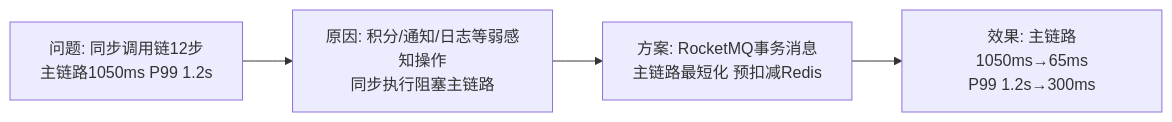
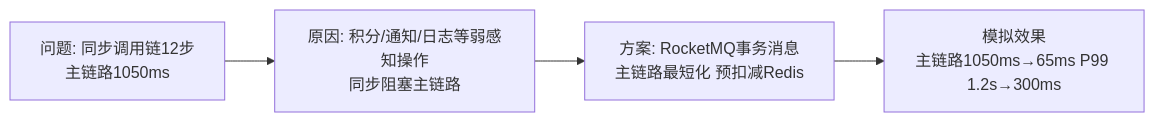
Before and after one commit to EdgarLQS/SoftwareArchitectureExamGuide: the fifth of 6 diagrams in 02-论文专题/0011-性能优化/00-大纲记忆卡.md, drawn with Mermaid. The commit also changed other lines of this file, not shown here.

````diff
--- a/02-论文专题/0011-性能优化/00-大纲记忆卡.md
+++ b/02-论文专题/0011-性能优化/00-大纲记忆卡.md
@@ -63,6 +80,6 @@
 ```mermaid
 flowchart LR
-    A["问题: 同步调用链12步<br/>主链路1050ms P99 1.2s"] --> B["原因: 积分/通知/日志等弱感知操作<br/>同步执行阻塞主链路"]
+    A["问题: 同步调用链12步<br/>主链路1050ms"] --> B["原因: 积分/通知/日志等弱感知操作<br/>同步阻塞主链路"]
     B --> C["方案: RocketMQ事务消息<br/>主链路最短化 预扣减Redis"]
-    C --> D["效果: 主链路1050ms→65ms<br/>P99 1.2s→300ms"]
+    C --> D["模拟效果<br/>主链路1050ms→65ms P99 1.2s→300ms"]
 ```
````
